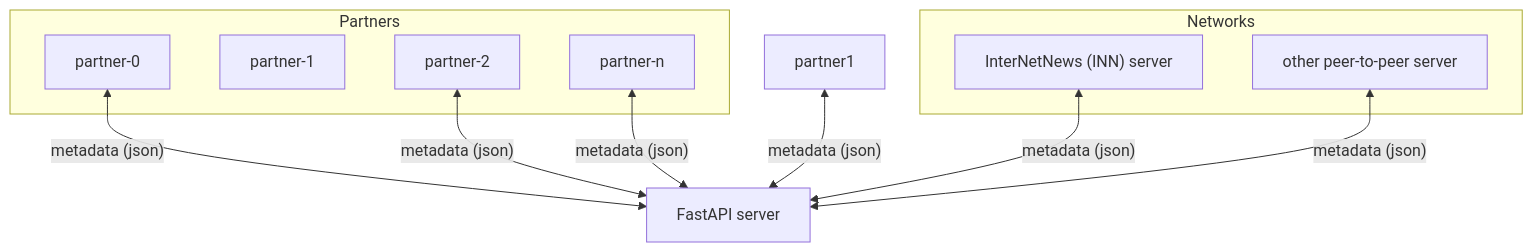
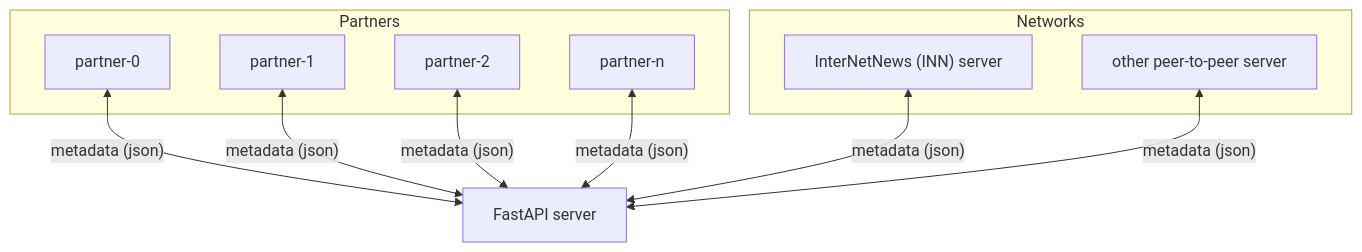
The second of 2 diagrams in README.md (ISKME/Open-Metadata-Exchange), drawn with Mermaid before and after one commit.

Commit message:
Add OME network diagram

````diff
--- a/README.md
+++ b/README.md
@@ -26,22 +26,22 @@
 ```mermaid
 graph TD
     subgraph Partners
         partner0[partner-0]
-        partner3[partner-1]
+        partner1[partner-1]
         partner2[partner-2]
         partnerN[partner-n]
     end
 
     partner0 <-- "metadata (json)" --> FastAPI["FastAPI server"]
     partner1 <-- "metadata (json)" --> FastAPI
     partner2 <-- "metadata (json)" --> FastAPI
     partnerN <-- "metadata (json)" --> FastAPI
 
     subgraph Networks
         INN["InterNetNews (INN) server"]
         P2P["other peer-to-peer server"]
     end
 
     INN <-- "metadata (json)" --> FastAPI
     P2P <-- "metadata (json)" --> FastAPI
 ```
````
